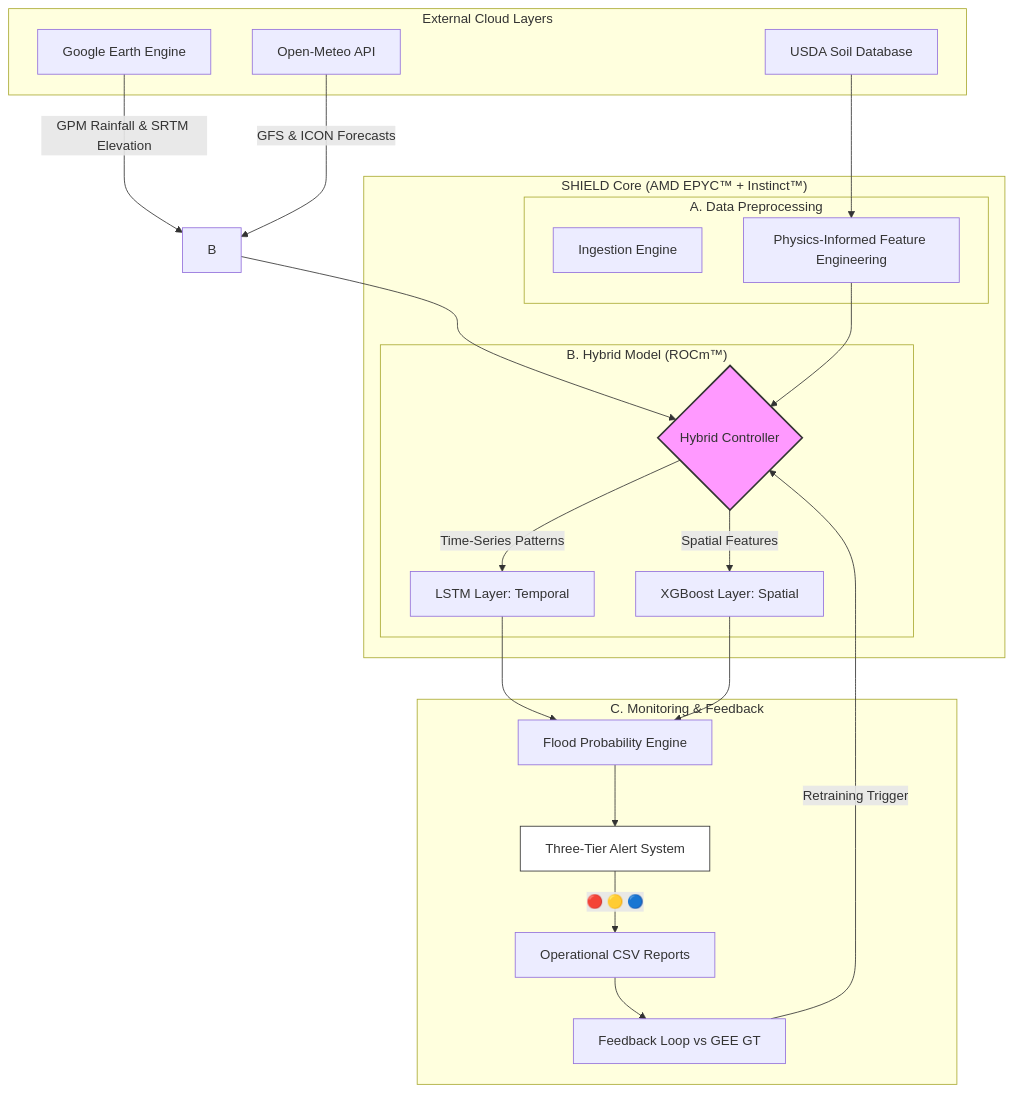
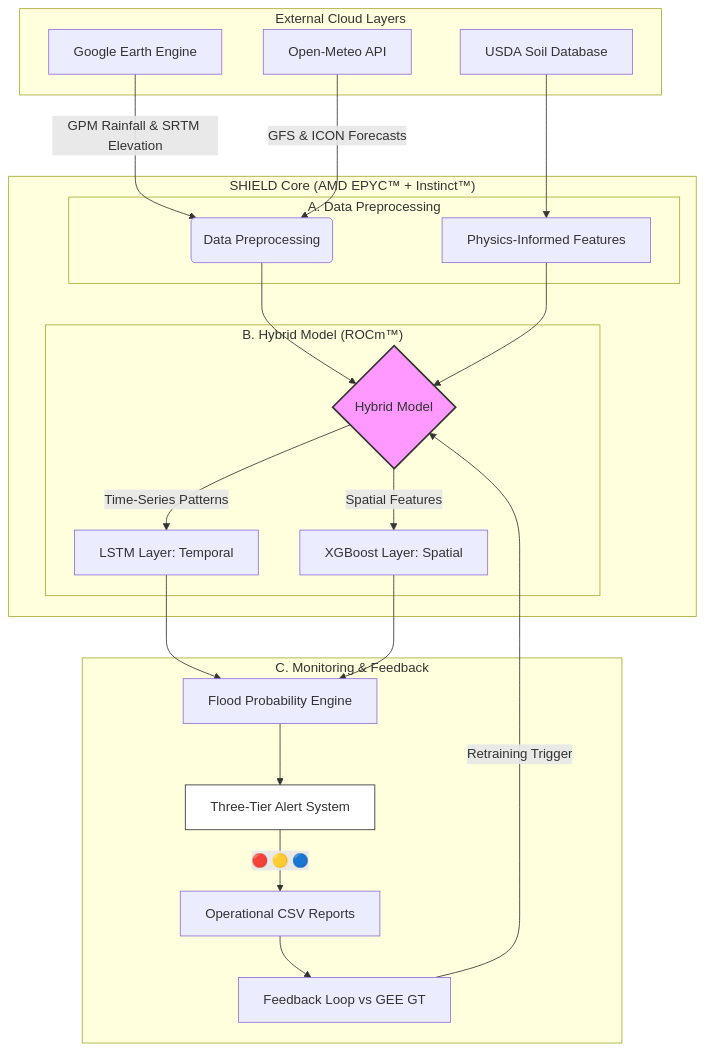
Before and after one commit to ALPHA-117/SHIELD: the second of 4 diagrams in Diagrams.md, drawn with Mermaid.

Commit message:
Docs: Final clean merge of System Architecture

````diff
--- a/Diagrams.md
+++ b/Diagrams.md
@@ -52,50 +52,50 @@
 ```mermaid
 graph TB
     subgraph "External Cloud Layers"
         GEE[Google Earth Engine]
         OM[Open-Meteo API]
         USDA[USDA Soil Database]
     end
 
     subgraph "SHIELD Core (AMD EPYC™ + Instinct™)"
         subgraph "A. Data Preprocessing"
-            DP1[Ingestion Engine]
-            DP2[Physics-Informed Feature Engineering]
+            B(Data Preprocessing)
+            DP2[Physics-Informed Features]
         end
 
         subgraph "B. Hybrid Model (ROCm™)"
-            D{Hybrid Controller}
+            D{Hybrid Model}
             E[LSTM Layer: Temporal]
             F[XGBoost Layer: Spatial]
         end
     end
 
     subgraph "C. Monitoring & Feedback"
         G[Flood Probability Engine]
         H[Three-Tier Alert System]
         I[Operational CSV Reports]
         J[Feedback Loop vs GEE GT]
     end
 
     %% Flow Connections with detailed labels
     GEE -->|GPM Rainfall & SRTM Elevation| B
     OM -->|GFS & ICON Forecasts| B
     USDA --> DP2
     
     B --> D
     DP2 --> D
     
     D -->|Time-Series Patterns| E
     D -->|Spatial Features| F
     
     E --> G
     F --> G
     
     G --> H
     H -->|🔴 🟡 🔵| I
     I --> J
     J -->|Retraining Trigger| D
 
     style D fill:#f9f,stroke:#333,stroke-width:2px
     style H fill:#fff,stroke:#333
 ```
````
